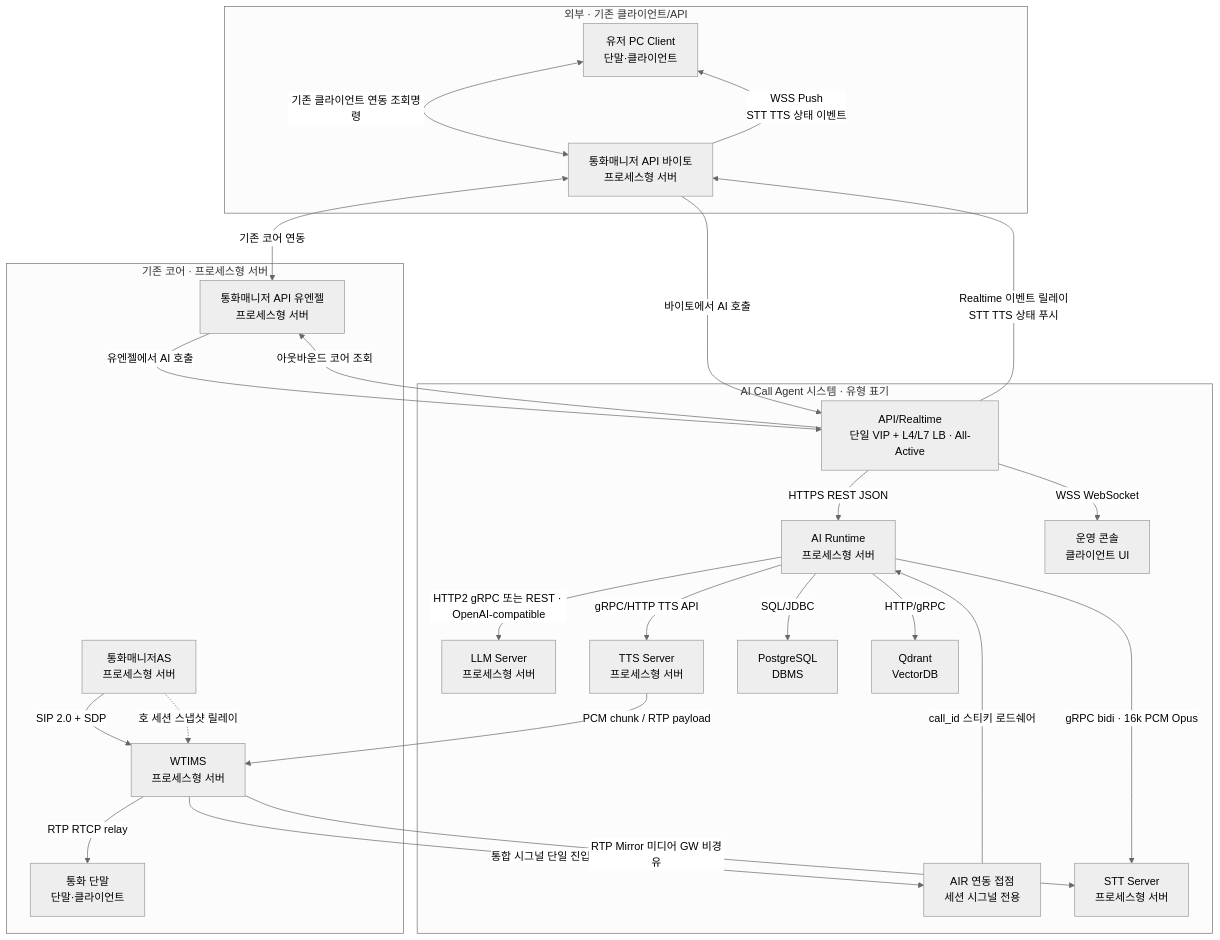
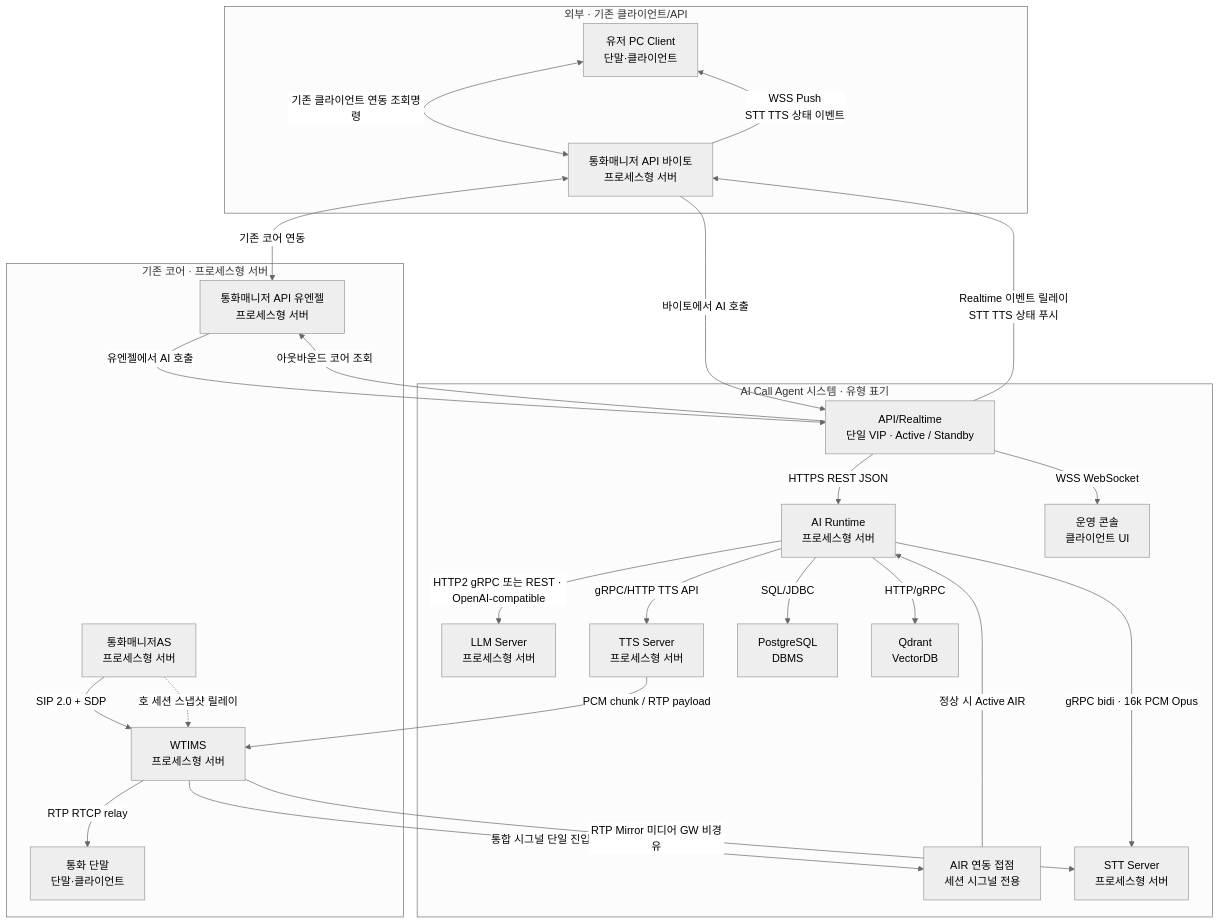
The fifth of 8 diagrams in docs/architecture/production-deployment-architecture.md (hak023/agentic_ai_callbot), drawn with Mermaid (neutral theme) before and after one commit. The commit also changed other lines of this file, not shown here.

Commit message:
docs: update production-deployment-architecture (AI Call Agent OPEX §11.6)

````diff
--- a/docs/architecture/production-deployment-architecture.md
+++ b/docs/architecture/production-deployment-architecture.md
@@ -458,42 +491,42 @@
 ```mermaid
 flowchart TD
     subgraph EXT_LEGACY["외부 · 기존 클라이언트/API"]
         PCL["유저 PC Client<br/>단말·클라이언트"]
         BAPI["통화매니저 API 바이토<br/>프로세스형 서버"]
     end
     subgraph CORE["기존 코어 · 프로세스형 서버"]
         CM["통화매니저AS<br/>프로세스형 서버"] -->|SIP 2.0 + SDP| WT["WTIMS<br/>프로세스형 서버"]
         CM -.->|호 세션 스냅샷 릴레이| WT
         WT -->|RTP RTCP relay| EP["통화 단말<br/>단말·클라이언트"]
         UAPI["통화매니저 API 유엔젤<br/>프로세스형 서버"]
     end
     subgraph ACA["AI Call Agent 시스템 · 유형 표기"]
         GW["AIR 연동 접점<br/>세션 시그널 전용"]
         STT["STT Server<br/>프로세스형 서버"]
         AIR["AI Runtime<br/>프로세스형 서버"]
         LLM["LLM Server<br/>프로세스형 서버"]
         TTS["TTS Server<br/>프로세스형 서버"]
-        API["API/Realtime<br/>단일 VIP + L4/L7 LB · All-Active"]
+        API["API/Realtime<br/>단일 VIP · Active / Standby"]
         CON["운영 콘솔<br/>클라이언트 UI"]
         ALT["PostgreSQL<br/>DBMS"]
         VDB["Qdrant<br/>VectorDB"]
     end
     PCL <-->|기존 클라이언트 연동 조회명령| BAPI;
     BAPI <-->|기존 코어 연동| UAPI;
     UAPI -->|유엔젤에서 AI 호출| API
     BAPI -->|바이토에서 AI 호출| API
     API -->|아웃바운드 코어 조회| UAPI
     API -->|Realtime 이벤트 릴레이<br/>STT TTS 상태 푸시| BAPI
     WT -->|통합 시그널 단일 진입| GW
-    GW -->|call_id 스티키 로드쉐어| AIR
+    GW -->|정상 시 Active AIR| AIR
     WT -->|RTP Mirror 미디어 GW 비경유| STT
     AIR -->|gRPC bidi · 16k PCM Opus| STT
     AIR -->|HTTP2 gRPC 또는 REST · OpenAI-compatible| LLM
     AIR -->|gRPC/HTTP TTS API| TTS
     TTS -->|PCM chunk / RTP payload| WT
     API -->|HTTPS REST JSON| AIR
     API -->|WSS WebSocket| CON
     BAPI -->|WSS Push<br/>STT TTS 상태 이벤트| PCL
     AIR -->|SQL/JDBC| ALT
     AIR -->|HTTP/gRPC| VDB
 ```
````
